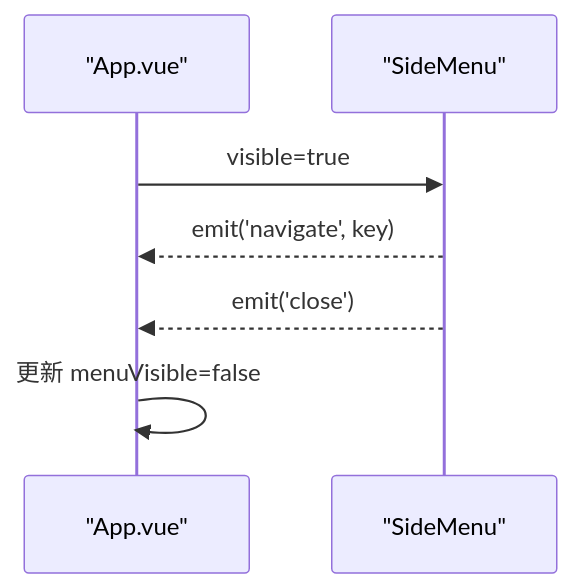
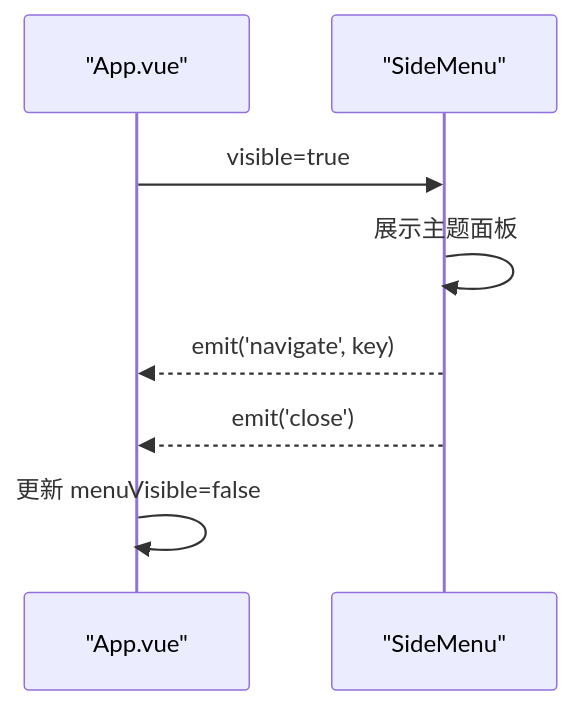
The seventh of 20 diagrams in .qoder/repowiki/zh/content/UI组件/UI组件.md (xiao-lin-unit/yuan), drawn with Mermaid before and after one commit. The commit also changed other lines of this file and 7 other files, not shown here.

````diff
--- a/.qoder/repowiki/zh/content/UI组件/UI组件.md
+++ b/.qoder/repowiki/zh/content/UI组件/UI组件.md
@@ -428,9 +467,10 @@
 ```mermaid
 sequenceDiagram
 participant APP as "App.vue"
 participant SM as "SideMenu"
 APP->>SM : visible=true
+SM->>SM : 展示主题面板
 SM-->>APP : emit('navigate', key)
 SM-->>APP : emit('close')
 APP->>APP : 更新 menuVisible=false
 ```
````
